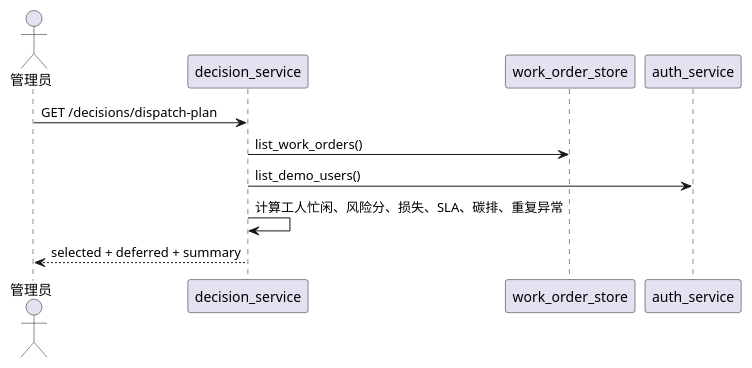
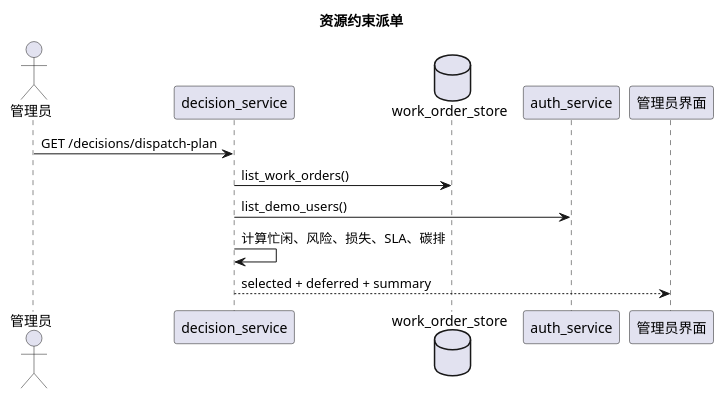
The diagram in final_docs/图象重绘/源代码/SDD-5.3.2-资源约束派单时序图.md (ScottBlizzard/building-energy-intelligence-platform), drawn with PlantUML before and after one commit. The commit also changed 105 other files, not shown here.

Commit message:
docs: update final reports and diagrams

```diff
--- a/final_docs/图象重绘/源代码/SDD-5.3.2-资源约束派单时序图.md
+++ b/final_docs/图象重绘/源代码/SDD-5.3.2-资源约束派单时序图.md
@@ -1,12 +1,15 @@
 @startuml
-actor 管理员 as Admin
-participant decision_service as Decision
-participant work_order_store as Store
-participant auth_service as Auth
+title 资源约束派单
 
-Admin -> Decision: GET /decisions/dispatch-plan
-Decision -> Store: list_work_orders()
-Decision -> Auth: list_demo_users()
-Decision -> Decision: 计算工人忙闲、风险分、损失、SLA、碳排、重复异常
-Decision --> Admin: selected + deferred + summary
+actor "管理员" as Admin
+participant "decision_service" as Decision
+database "work_order_store" as Store
+participant "auth_service" as Auth
+participant "管理员界面" as UI
+
+Admin -> Decision : GET /decisions/dispatch-plan
+Decision -> Store : list_work_orders()
+Decision -> Auth : list_demo_users()
+Decision -> Decision : 计算忙闲、风险、损失、SLA、碳排
+Decision --> UI : selected + deferred + summary
 @enduml
```
